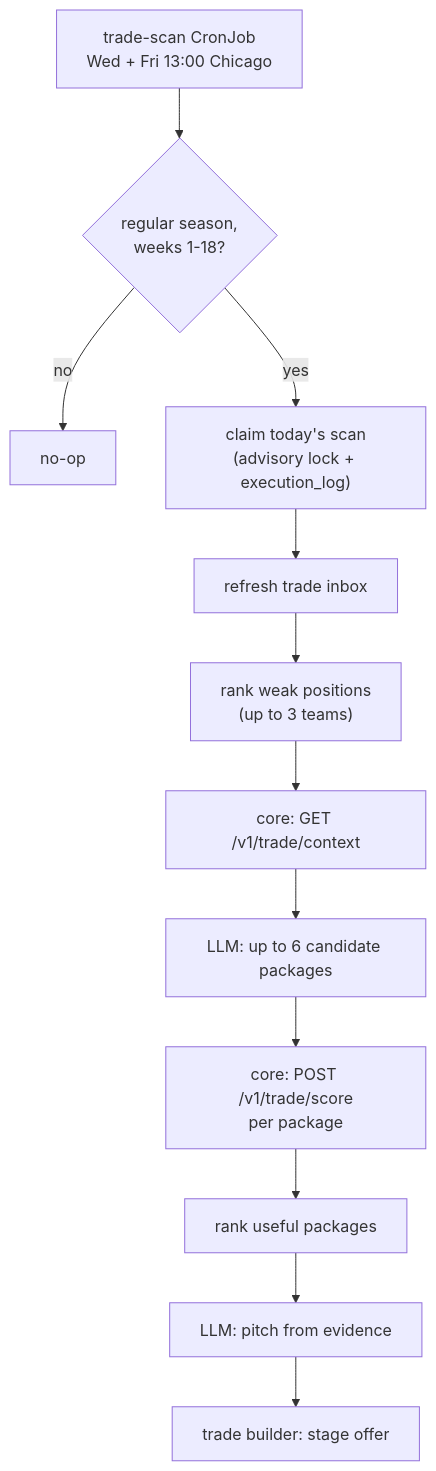
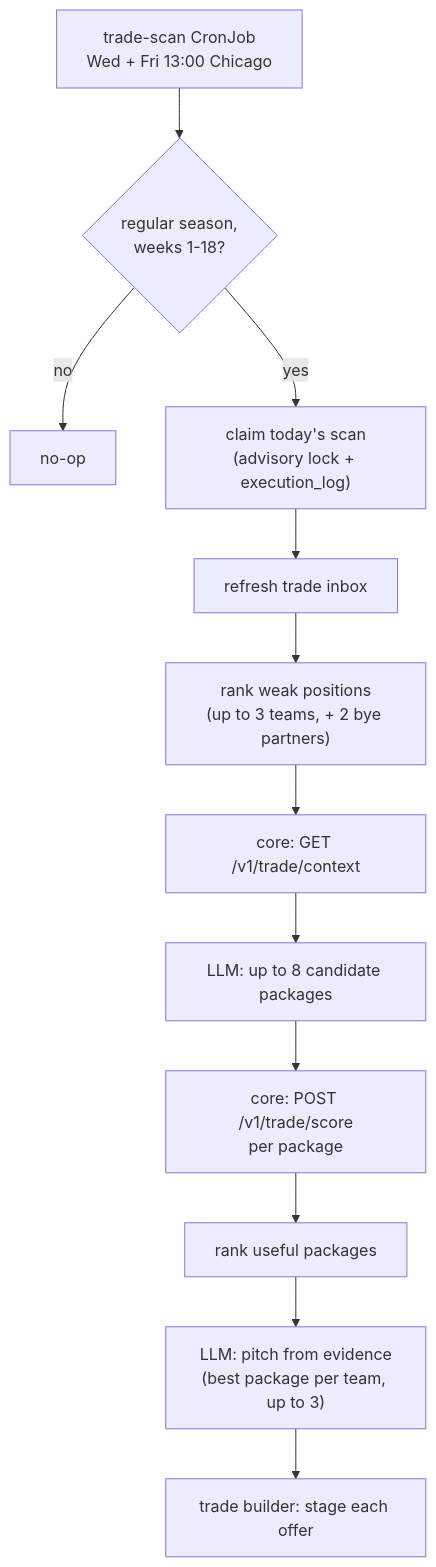
The diagram in docs/bots/trade-proposal-and-scan.md (cvillarr23/fantasy-browser-worker), drawn with Mermaid before and after one commit. The commit also changed other lines of this file and 4 other files, not shown here.

First line of the commit message:
Stage up to three trade alternatives per scan and target bye partners (#203)

````diff
--- a/docs/bots/trade-proposal-and-scan.md
+++ b/docs/bots/trade-proposal-and-scan.md
@@ -9,14 +9,14 @@
 ```mermaid
 flowchart TD
     cron["trade-scan CronJob\nWed + Fri 13:00 Chicago"] --> gate{"regular season,\nweeks 1-18?"}
     gate -->|no| noop["no-op"]
     gate -->|yes| claim["claim today's scan\n(advisory lock + execution_log)"]
     claim --> inbox["refresh trade inbox"]
-    inbox --> target["rank weak positions\n(up to 3 teams)"]
+    inbox --> target["rank weak positions\n(up to 3 teams, + 2 bye partners)"]
     target --> ctx["core: GET /v1/trade/context"]
-    ctx --> llm1["LLM: up to 6 candidate packages"]
+    ctx --> llm1["LLM: up to 8 candidate packages"]
     llm1 --> score["core: POST /v1/trade/score\nper package"]
     score --> rank["rank useful packages"]
-    rank --> llm2["LLM: pitch from evidence"]
-    llm2 --> stage["trade builder: stage offer"]
+    rank --> llm2["LLM: pitch from evidence\n(best package per team, up to 3)"]
+    llm2 --> stage["trade builder: stage each offer"]
 ```
````
